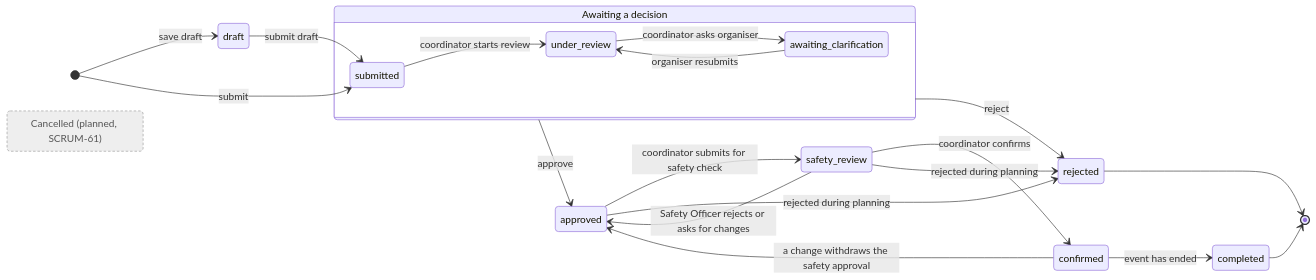
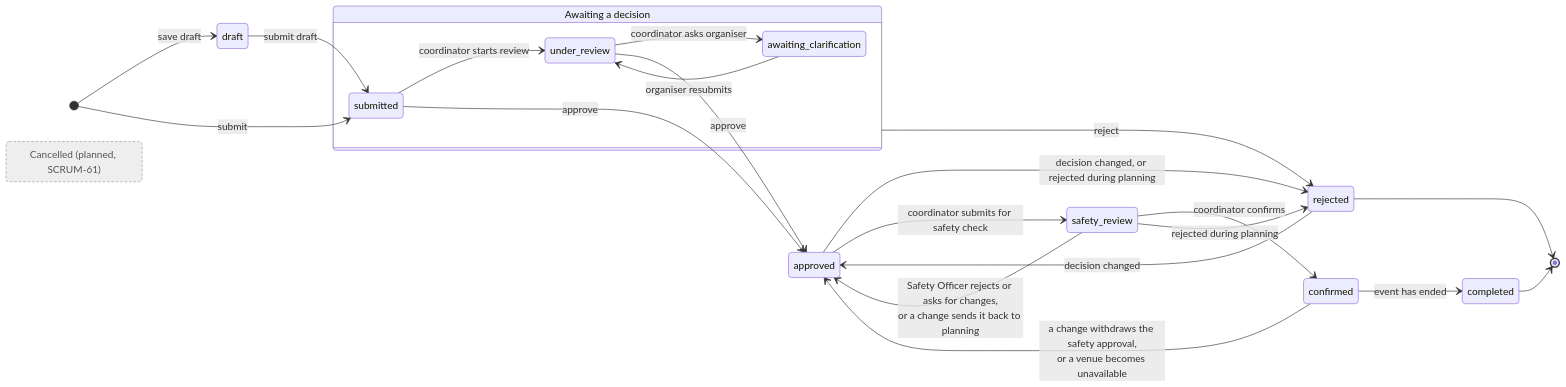
One commit to cheekfg897/SPM-Software-Project-Management- changed the first of 2 diagrams in docs/architecture/06-uml-state-diagrams.md. Above: the diagram before and after it, drawn with Mermaid. The commit also changed other lines of this file and 1 other file, not shown here.

Commit message:
docs(SCRUM-78): draw every event request transition the services allow
The event request state diagram drew an approval from awaiting
clarification, which decide_event_request refuses until the organiser
answers (ClarificationOutstandingError, ADR-0029), and left out transitions
main makes:

- approved to rejected and back when the decision is changed, allowed while
  the event has no equipment request or venue arrangement
  (DECIDED_STATUSES, _has_arrangements, ADR-0028), but never after a
  rejection during planning (ADR-0106);
- safety_review to approved after a significant change that unsettles an
  arrangement (_return_to_approved, ADR-0107) or withdraws the safety
  approval (withdraw_safety_approval, ADR-0087);
- confirmed to approved when a venue becomes unavailable
  (record_alternative_venue_needed, SCRUM-92 AC3, ADR-0053).

Approve now comes from submitted and under_review only, and the notes say
why. PNG re-rendered from the Mermaid source.

````diff
--- a/docs/architecture/06-uml-state-diagrams.md
+++ b/docs/architecture/06-uml-state-diagrams.md
@@ -8,33 +8,35 @@
 ```mermaid
 stateDiagram-v2
   direction LR
 
   [*] --> draft : save draft
   [*] --> submitted : submit
   draft --> submitted : submit draft
 
   state "Awaiting a decision" as awaiting {
     submitted --> under_review : coordinator starts review
     under_review --> awaiting_clarification : coordinator asks organiser
     awaiting_clarification --> under_review : organiser resubmits
   }
 
-  awaiting --> approved : approve
+  submitted --> approved : approve
+  under_review --> approved : approve
   awaiting --> rejected : reject
 
+  approved --> rejected : decision changed, or rejected during planning
+  rejected --> approved : decision changed
   approved --> safety_review : coordinator submits for safety check
-  safety_review --> approved : Safety Officer rejects or asks for changes
+  safety_review --> approved : Safety Officer rejects or asks for changes,<br/>or a change sends it back to planning
   safety_review --> confirmed : coordinator confirms
-  confirmed --> approved : a change withdraws the safety approval
-  approved --> rejected : rejected during planning
+  confirmed --> approved : a change withdraws the safety approval,<br/>or a venue becomes unavailable
   safety_review --> rejected : rejected during planning
   confirmed --> completed : event has ended
 
   state "Cancelled (planned, SCRUM-61)" as cancelled
 
   rejected --> [*]
   completed --> [*]
 
   classDef planned fill:#eeeeee,stroke:#999999,stroke-dasharray:4 3,color:#555555
   class cancelled planned
 ```
````
